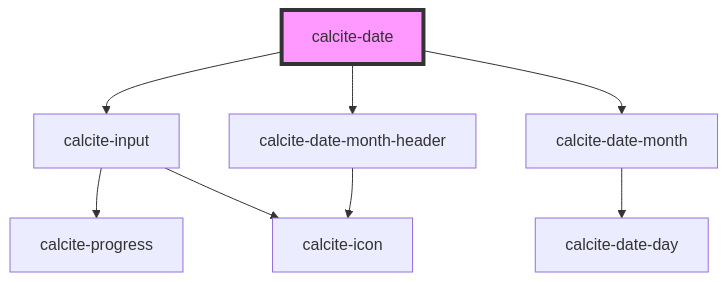
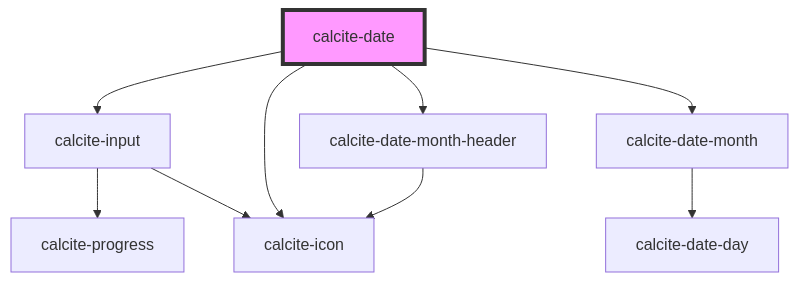
One commit to vikivakarvc/calcite-design-system changed the diagram in src/components/calcite-date/readme.md. Above: the diagram before and after it, drawn with Mermaid. The commit also changed other lines of this file and 13 other files, not shown here.

````diff
--- a/src/components/calcite-date/readme.md
+++ b/src/components/calcite-date/readme.md
@@ -58,11 +67,12 @@
 ```mermaid
 graph TD;
   calcite-date --> calcite-input
+  calcite-date --> calcite-icon
   calcite-date --> calcite-date-month-header
   calcite-date --> calcite-date-month
   calcite-input --> calcite-progress
   calcite-input --> calcite-icon
   calcite-date-month-header --> calcite-icon
   calcite-date-month --> calcite-date-day
   style calcite-date fill:#f9f,stroke:#333,stroke-width:4px
 ```
````
